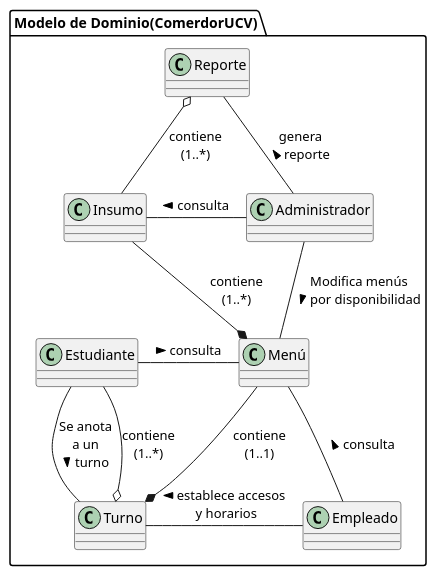
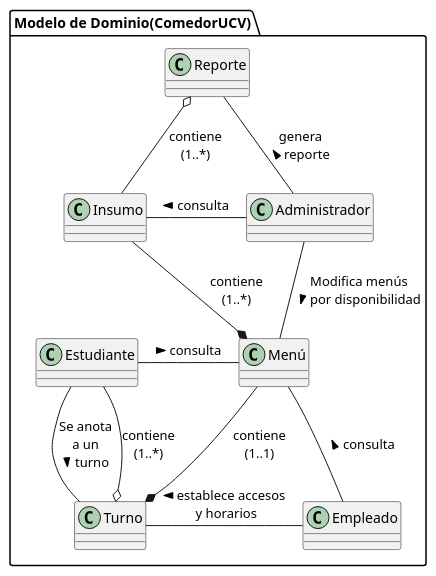
One commit to IsaacTou/IS--8---C1- changed the diagram in docs/diagrams/diagrama_de_clases.plantuml. Above: the diagram before and after it, drawn with PlantUML. The commit also changed 2 other files, not shown here.

```diff
--- a/docs/diagrams/diagrama_de_clases.plantuml
+++ b/docs/diagrams/diagrama_de_clases.plantuml
@@ -1,25 +1,25 @@
 @startuml ModeloDelDominio
 
-package "Modelo de Dominio(ComerdorUCV)" {
+package "Modelo de Dominio(ComedorUCV)" {
     class Insumo {}
     class Administrador {}
     class Reporte{}
     class Estudiante{}
     class Menú{}
     class Turno{}
     class Empleado{}
 }
 
 
 Insumo - Administrador : consulta <
 Reporte -- Administrador : genera\nreporte <
 Reporte  o-- Insumo : contiene\n(1..*)
 Insumo --* Menú : contiene\n(1..*)
 Administrador -- Menú : Modifica menús\npor disponibilidad >
 Estudiante - Menú : consulta >
 Estudiante -- Turno : Se anota\n a un \nturno >
 Estudiante --o Turno : contiene\n(1..*)
 Menú --* Turno : contiene\n(1..1)
 Turno - Empleado : < establece accesos\n y horarios 
 Menú -- Empleado : consulta <
 @enduml
```
